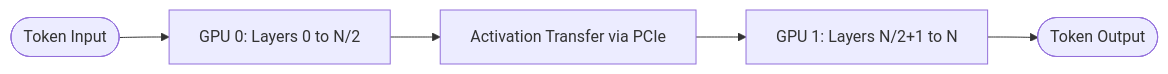
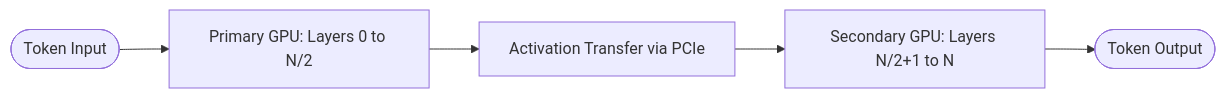
The first of 2 diagrams in docs/architecture/multi-gpu-strategy.md (ElixirTrials/rune), drawn with Mermaid before and after one commit. The commit also changed other lines of this file and 8 other files, not shown here.

````diff
--- a/docs/architecture/multi-gpu-strategy.md
+++ b/docs/architecture/multi-gpu-strategy.md
@@ -25,7 +29,7 @@
 ```mermaid
 flowchart LR
     Input([Token Input]) --> GPU0
-    GPU0["GPU 0: Layers 0 to N/2"] --> Transfer
+    GPU0["Primary GPU: Layers 0 to N/2"] --> Transfer
     Transfer["Activation Transfer via PCIe"] --> GPU1
-    GPU1["GPU 1: Layers N/2+1 to N"] --> Output([Token Output])
+    GPU1["Secondary GPU: Layers N/2+1 to N"] --> Output([Token Output])
 ```
````
